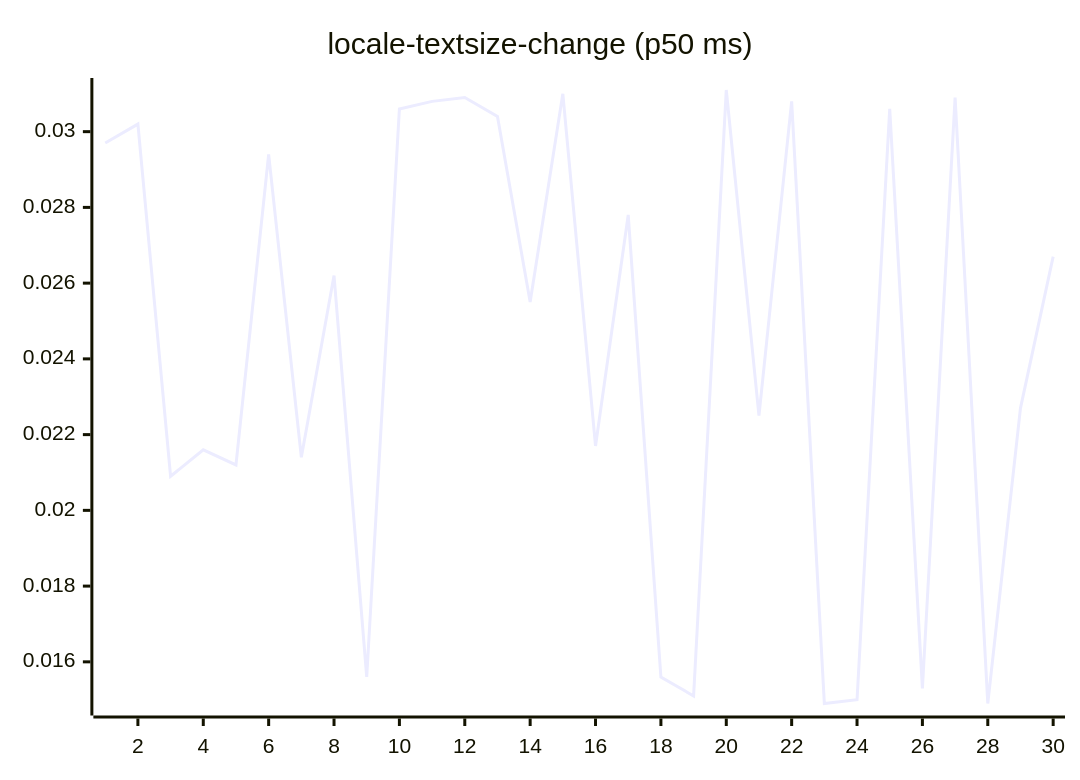
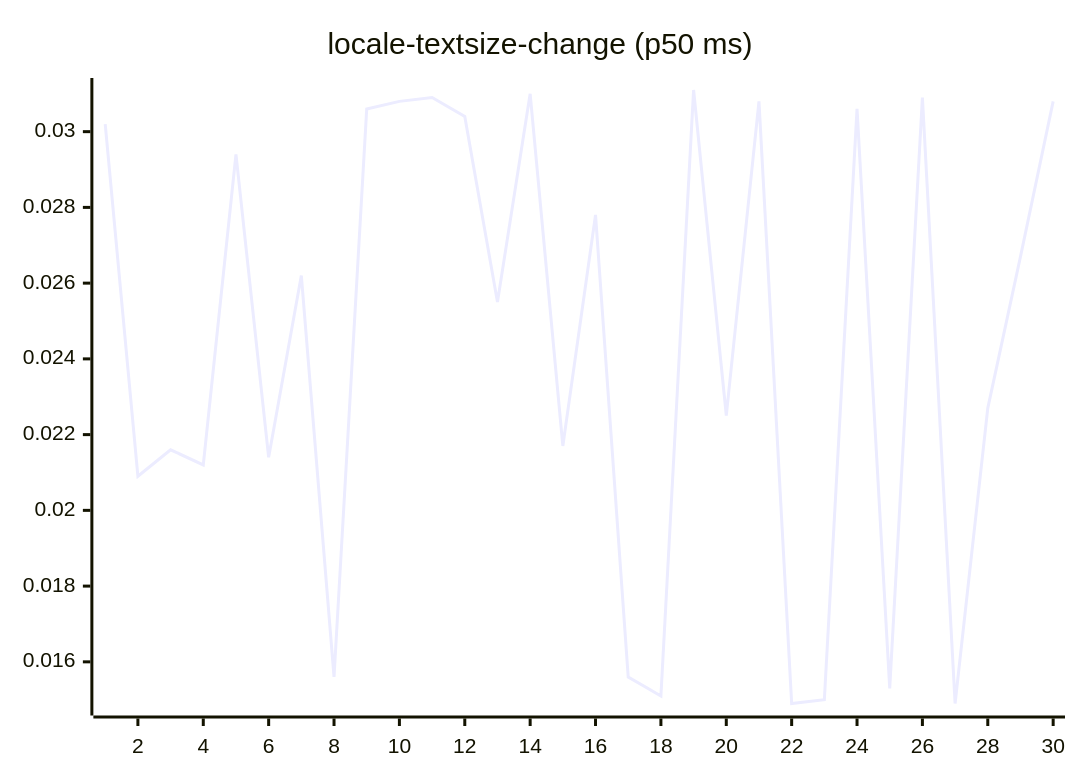
One commit to josha/Facet changed diagram 13 of 27 in README.md. Above: the diagram before and after it, drawn with Mermaid. The commit also changed other lines of this file and 2 other files, not shown here.

````diff
--- a/README.md
+++ b/README.md
@@ -147,6 +147,6 @@
 ```mermaid
 xychart-beta
     title "locale-textsize-change (p50 ms)"
     x-axis 1 --> 30
-    line [0.0297, 0.0302, 0.0209, 0.0216, 0.0212, 0.0294, 0.0214, 0.0262, 0.0156, 0.0306, 0.0308, 0.0309, 0.0304, 0.0255, 0.0310, 0.0217, 0.0278, 0.0156, 0.0151, 0.0311, 0.0225, 0.0308, 0.0149, 0.0150, 0.0306, 0.0153, 0.0309, 0.0149, 0.0227, 0.0267]
+    line [0.0302, 0.0209, 0.0216, 0.0212, 0.0294, 0.0214, 0.0262, 0.0156, 0.0306, 0.0308, 0.0309, 0.0304, 0.0255, 0.0310, 0.0217, 0.0278, 0.0156, 0.0151, 0.0311, 0.0225, 0.0308, 0.0149, 0.0150, 0.0306, 0.0153, 0.0309, 0.0149, 0.0227, 0.0267, 0.0308]
 ```
````
